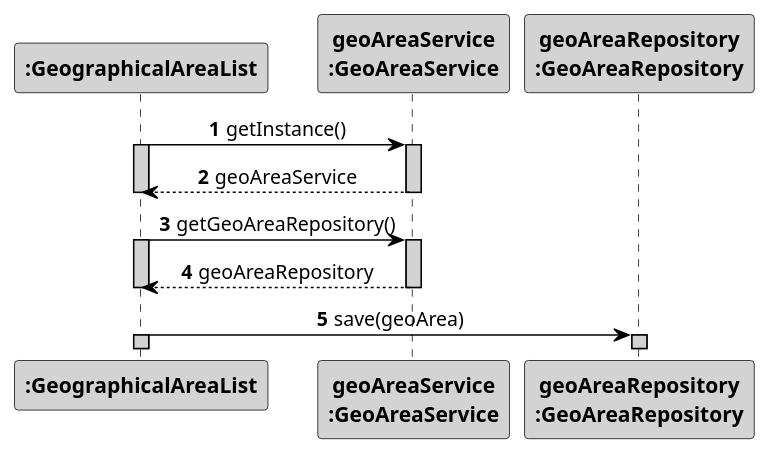
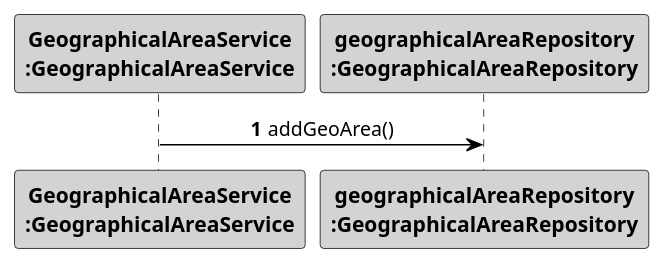
Before and after one commit to 1181687/hateoasToy: the diagram in src/main/java/pt/ipp/isep/dei/project/controllers/persistgeoareasensorandreadings/SD_PersistGeoAreaSensorAndReadingsSaveMethod.puml, drawn with PlantUML. The commit also changed 3 other files, not shown here.

Commit message:
addresses #149 [related to #157]: finishing the diagrams of the US's

```diff
--- a/src/main/java/pt/ipp/isep/dei/project/controllers/persistgeoareasensorandreadings/SD_PersistGeoAreaSensorAndReadingsSaveMethod.puml
+++ b/src/main/java/pt/ipp/isep/dei/project/controllers/persistgeoareasensorandreadings/SD_PersistGeoAreaSensorAndReadingsSaveMethod.puml
@@ -1,37 +1,23 @@
 @startuml
 skinparam sequenceMessageAlign center
 skinparam sequence {
     ArrowColor Black
     ActorBorderColor DarkBlue
     LifeLineBorderColor black
     LifeLineBackgroundColor LightGrey
 
     ParticipantBorderColor Black
     ParticipantBackgroundColor LightGrey
     ParticipantFontStyle Bold
 
     ActorBackgroundColor DimGrey
     ActorFontColor DeepSkyBlue
     ActorFontStyle Bold
     ActorFontSize 17
     ActorFontName Aapex
 }
 autonumber
-":GeographicalAreaList" -> "geoAreaService\n:GeoAreaService": getInstance()
-activate ":GeographicalAreaList"
-activate "geoAreaService\n:GeoAreaService"
-":GeographicalAreaList"  <-- "geoAreaService\n:GeoAreaService":geoAreaService
-deactivate "geoAreaService\n:GeoAreaService"
-deactivate ":GeographicalAreaList"
 
-":GeographicalAreaList" -> "geoAreaService\n:GeoAreaService": getGeoAreaRepository()
-activate ":GeographicalAreaList"
-activate "geoAreaService\n:GeoAreaService"
-":GeographicalAreaList"  <-- "geoAreaService\n:GeoAreaService":geoAreaRepository
-deactivate "geoAreaService\n:GeoAreaService"
-deactivate ":GeographicalAreaList"
-":GeographicalAreaList" -> "geoAreaRepository\n:GeoAreaRepository": save(geoArea)
-activate ":GeographicalAreaList"
-activate "geoAreaRepository\n:GeoAreaRepository"
+"GeographicalAreaService\n:GeographicalAreaService" -> "geographicalAreaRepository\n:GeographicalAreaRepository" : addGeoArea()
 
 @enduml
```
